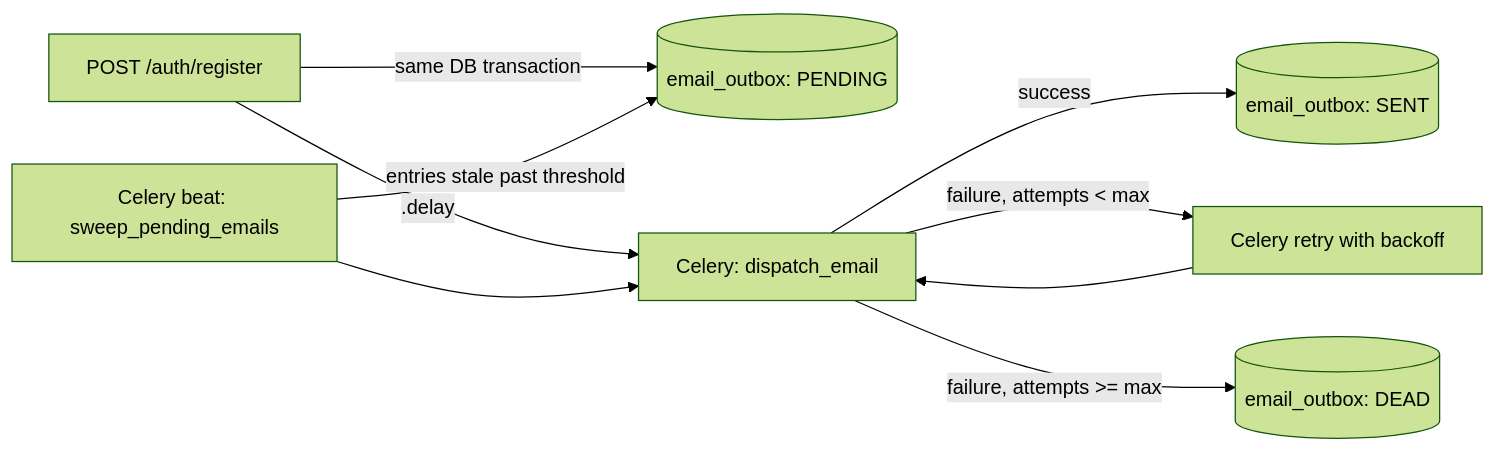
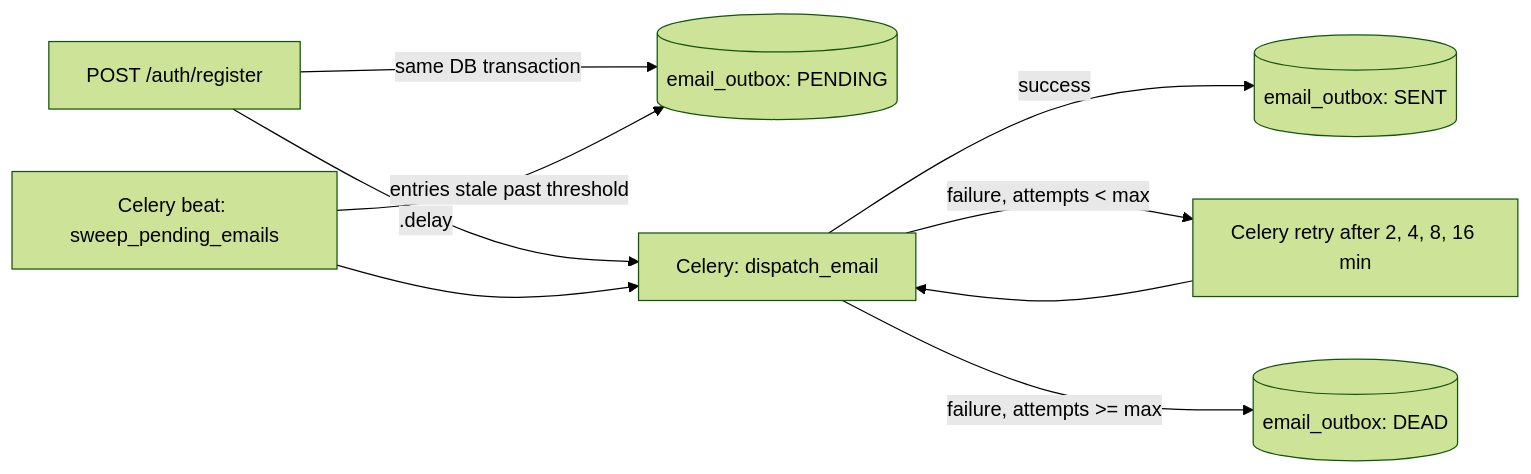
Before and after one commit to jbtwist/FastApi-Backend-Template: the second of 2 diagrams in docs/architecture/overview.md, drawn with Mermaid (forest theme). The commit also changed other lines of this file and 12 other files, not shown here.

````diff
--- a/docs/architecture/overview.md
+++ b/docs/architecture/overview.md
@@ -136,11 +141,11 @@
 ```mermaid
 flowchart LR
     A[POST /auth/register] -->|same DB transaction| B[(email_outbox: PENDING)]
     A -->|.delay| C[Celery: dispatch_email]
     C -->|success| D[(email_outbox: SENT)]
-    C -->|failure, attempts < max| E[Celery retry with backoff]
+    C -->|failure, attempts < max| E[Celery retry after 2, 4, 8, 16 min]
     E --> C
     C -->|failure, attempts >= max| F[(email_outbox: DEAD)]
     G[Celery beat: sweep_pending_emails] -->|entries stale past threshold| B
     G --> C
 ```
````
